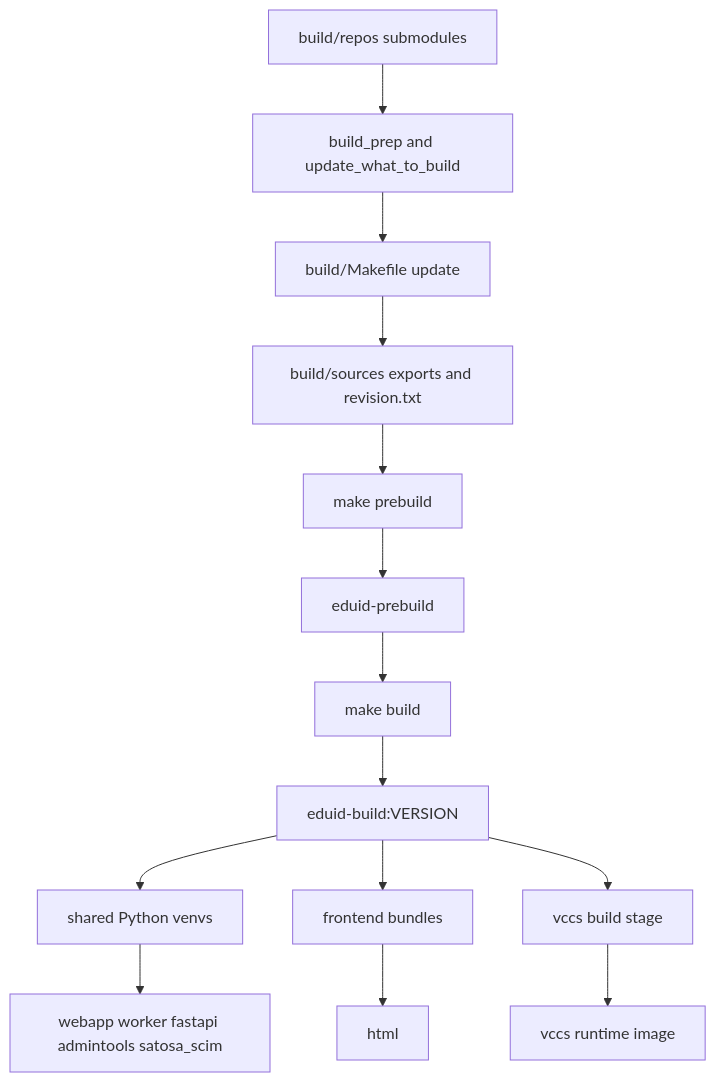
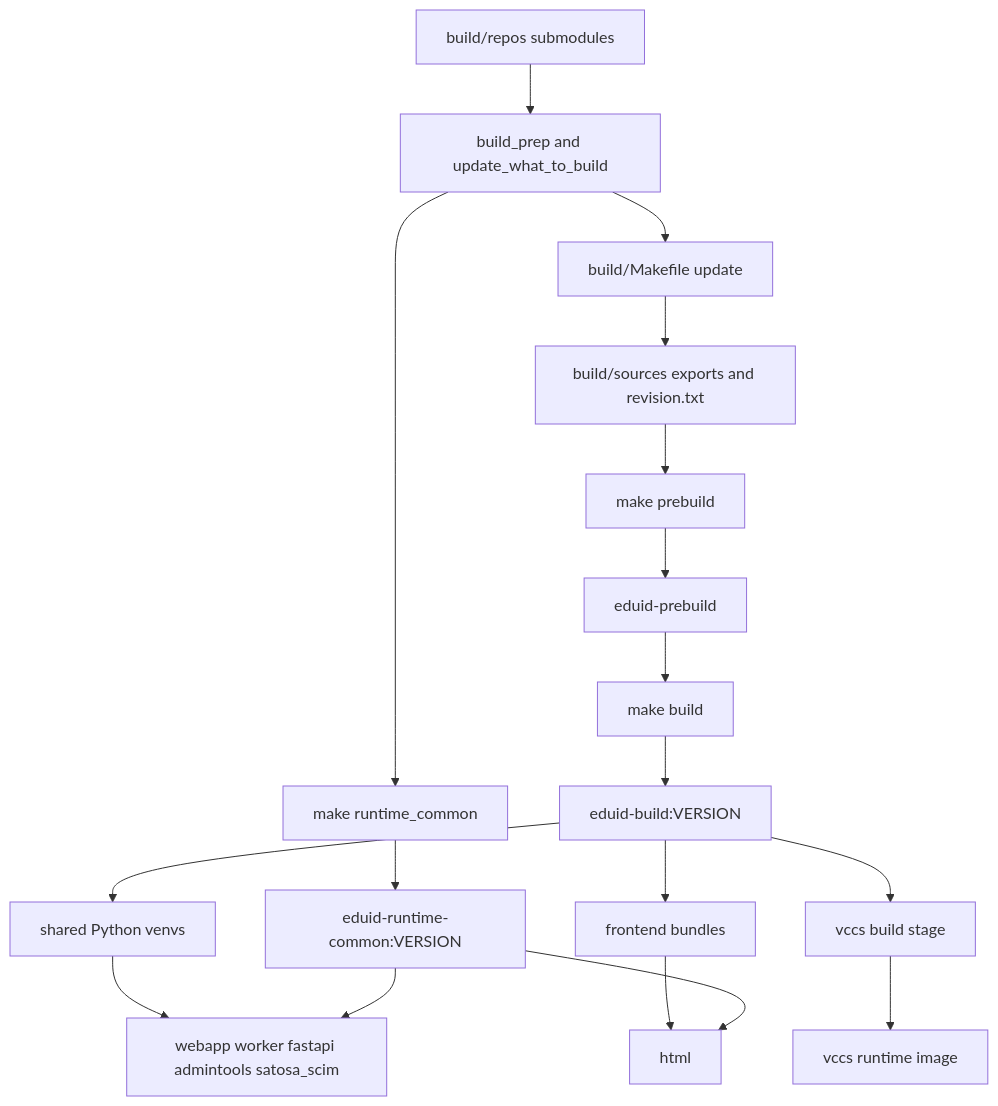
The diagram in docs/architecture/build-pipeline.md (SUNET/eduid-releng), drawn with Mermaid before and after one commit. The commit also changed other lines of this file and 5 other files, not shown here.

Commit message:
docs(runtime): align docs with runtime_common flow

````diff
--- a/docs/architecture/build-pipeline.md
+++ b/docs/architecture/build-pipeline.md
@@ -17,16 +17,20 @@
 ```mermaid
 flowchart TD
 	A[build/repos submodules] --> B[build_prep and update_what_to_build]
 	B --> C[build/Makefile update]
 	C --> D[build/sources exports and revision.txt]
 	D --> E[make prebuild]
 	E --> F[eduid-prebuild]
 	F --> G[make build]
 	G --> H[eduid-build:VERSION]
-	H --> I[shared Python venvs]
-	H --> J[frontend bundles]
-	I --> K[webapp worker fastapi admintools satosa_scim]
-	J --> L[html]
-	H --> M[vccs build stage]
-	M --> N[vccs runtime image]
+	B --> I[make runtime_common]
+	I --> J[eduid-runtime-common:VERSION]
+	H --> K[shared Python venvs]
+	H --> L[frontend bundles]
+	K --> M[webapp worker fastapi admintools satosa_scim]
+	L --> N[html]
+	J --> M
+	J --> N
+	H --> O[vccs build stage]
+	O --> P[vccs runtime image]
 ```
````
